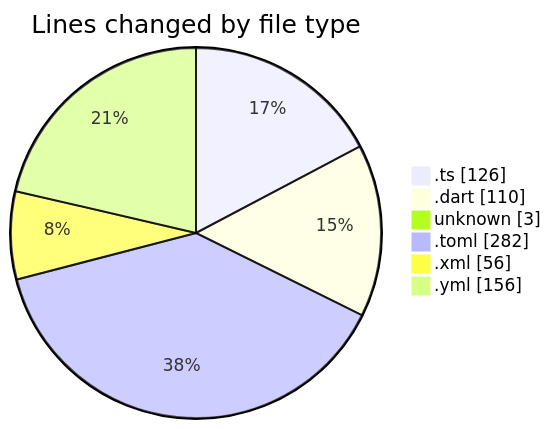
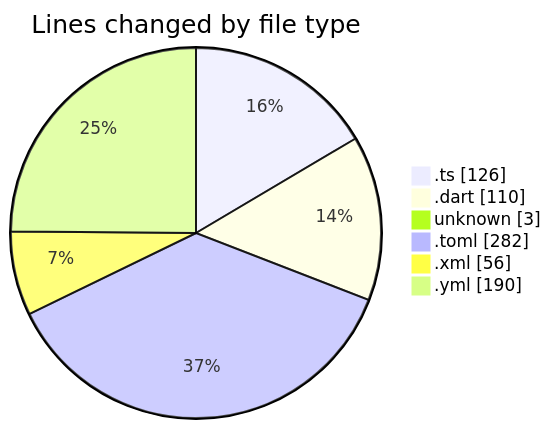
The first of 2 diagrams in 2025-02-09/maps_clone/README.md (donsfak/code-tracking), drawn with Mermaid before and after one commit. The commit also changed other lines of this file and 1 other file, not shown here.

````diff
--- a/2025-02-09/maps_clone/README.md
+++ b/2025-02-09/maps_clone/README.md
@@ -26,10 +26,10 @@
 ```mermaid
 pie showData
 title Lines changed by file type
 ".ts" : 126
 ".dart" : 110
 "unknown" : 3
 ".toml" : 282
 ".xml" : 56
-".yml" : 156
+".yml" : 190
 ```
````
